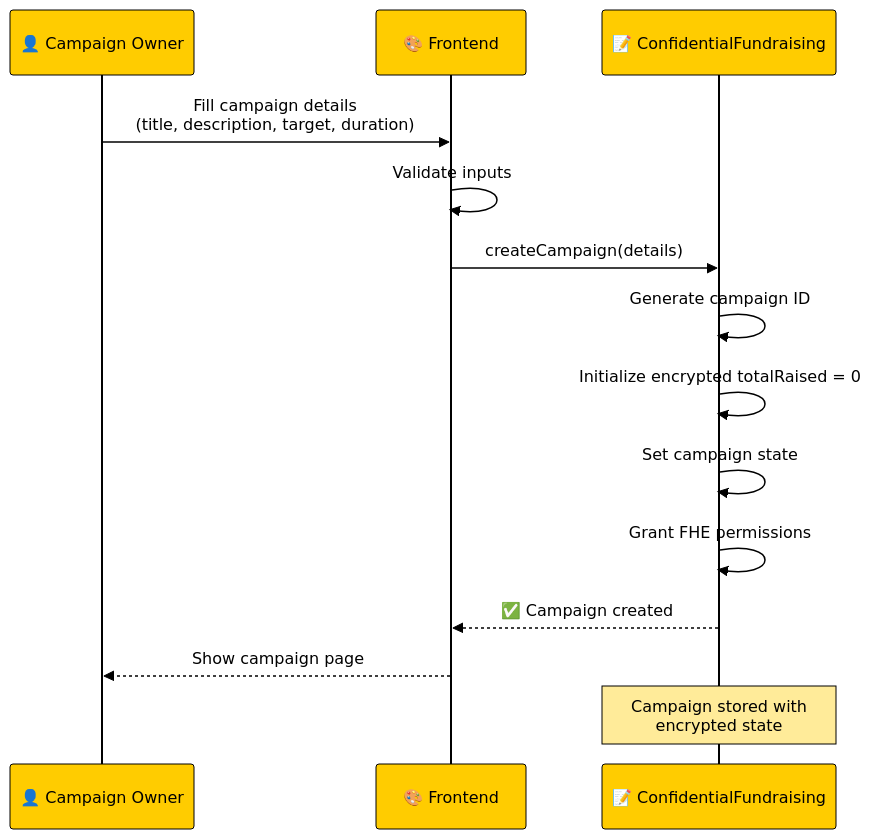
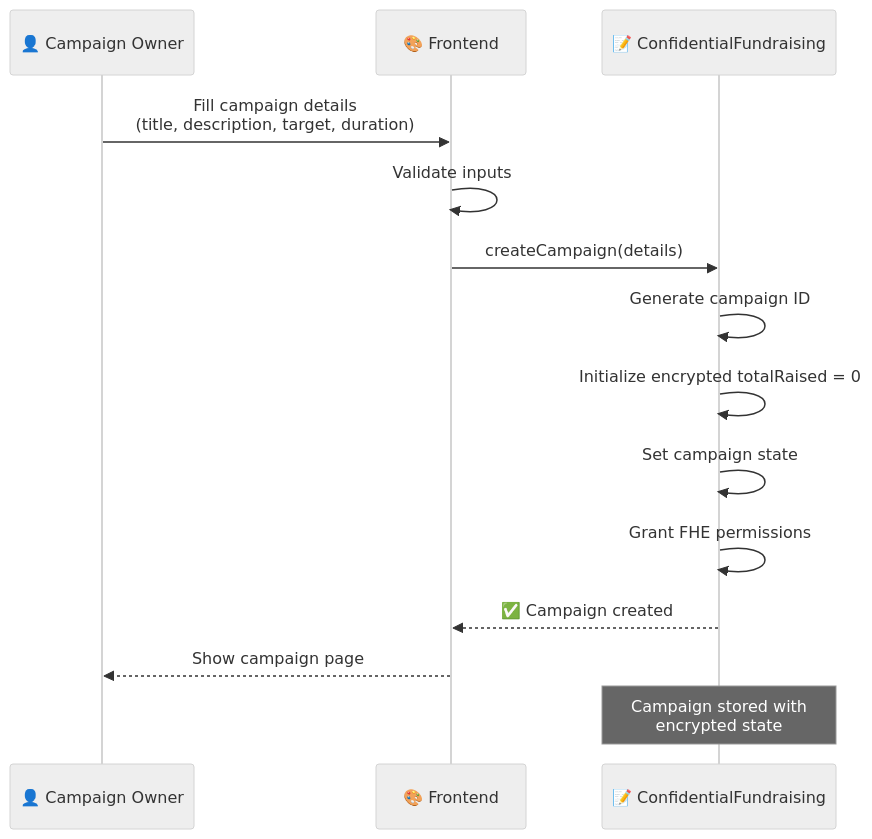
One commit to cris-the-dev/confidental-fundraising changed the third of 8 diagrams in README.md. Above: the diagram before and after it, drawn with Mermaid. The commit also changed other lines of this file, not shown here.

Commit message:
chore(): update mermaid diagrams style

````diff
--- a/README.md
+++ b/README.md
@@ -140,19 +140,19 @@
 ```mermaid
-%%{init: {'theme':'base', 'themeVariables': {'primaryColor':'#ffcc00','primaryTextColor':'#000','primaryBorderColor':'#000','lineColor':'#000','secondaryColor':'#ffeb99','tertiaryColor':'#fff','noteBkgColor':'#ffeb99','noteTextColor':'#000','noteBorderColor':'#000','actorBkg':'#ffcc00','actorBorder':'#000','actorTextColor':'#000','actorLineColor':'#000','signalColor':'#000','signalTextColor':'#000','labelBoxBkgColor':'#ffeb99','labelBoxBorderColor':'#000','labelTextColor':'#000','loopTextColor':'#000','activationBorderColor':'#000','activationBkgColor':'#ffffcc','sequenceNumberColor':'#000'}}}%%
+%%{init: {'theme':'neutral', 'look': 'handDrawn'}}%%
 sequenceDiagram
     participant U as 👤 Campaign Owner
     participant F as 🎨 Frontend
     participant CF as 📝 ConfidentialFundraising
 
     U->>F: Fill campaign details<br/>(title, description, target, duration)
     F->>F: Validate inputs
     F->>CF: createCampaign(details)
     CF->>CF: Generate campaign ID
     CF->>CF: Initialize encrypted totalRaised = 0
     CF->>CF: Set campaign state
     CF->>CF: Grant FHE permissions
     CF-->>F: ✅ Campaign created
     F-->>U: Show campaign page
 
     Note over CF: Campaign stored with<br/>encrypted state
 ```
````
